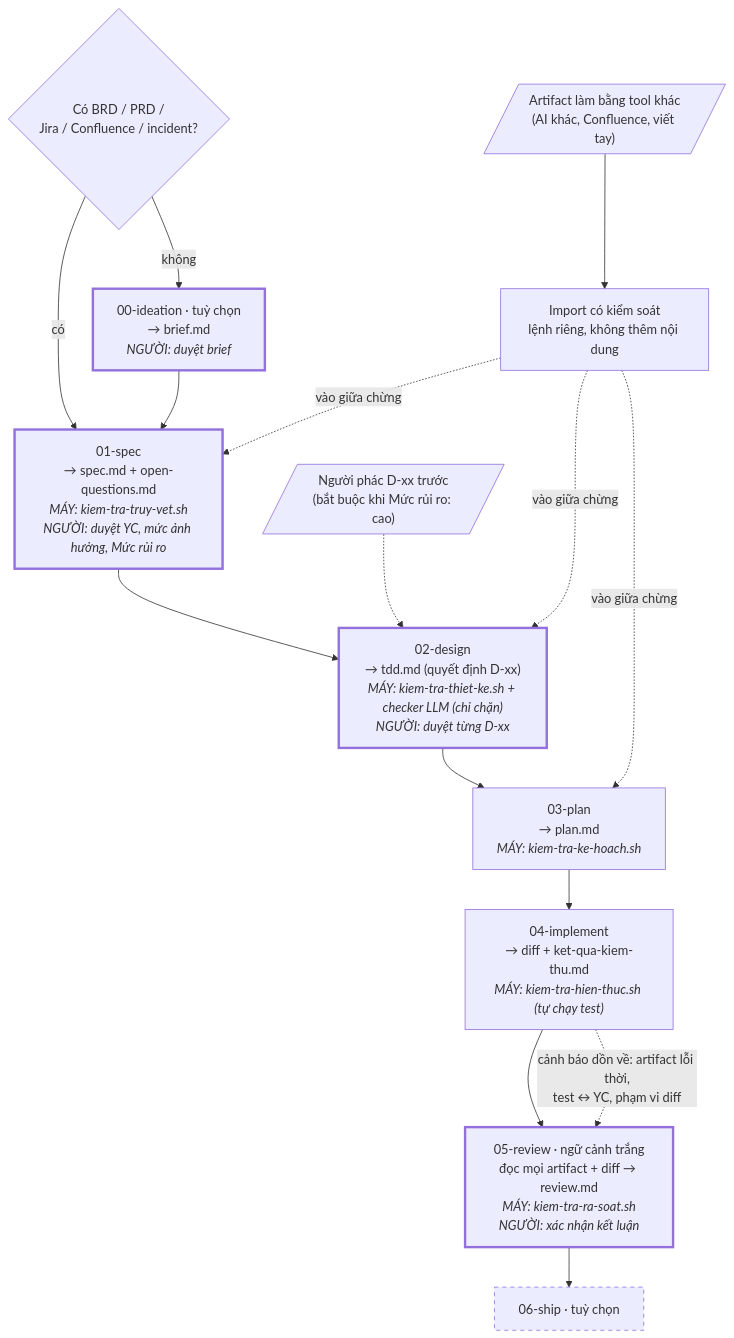
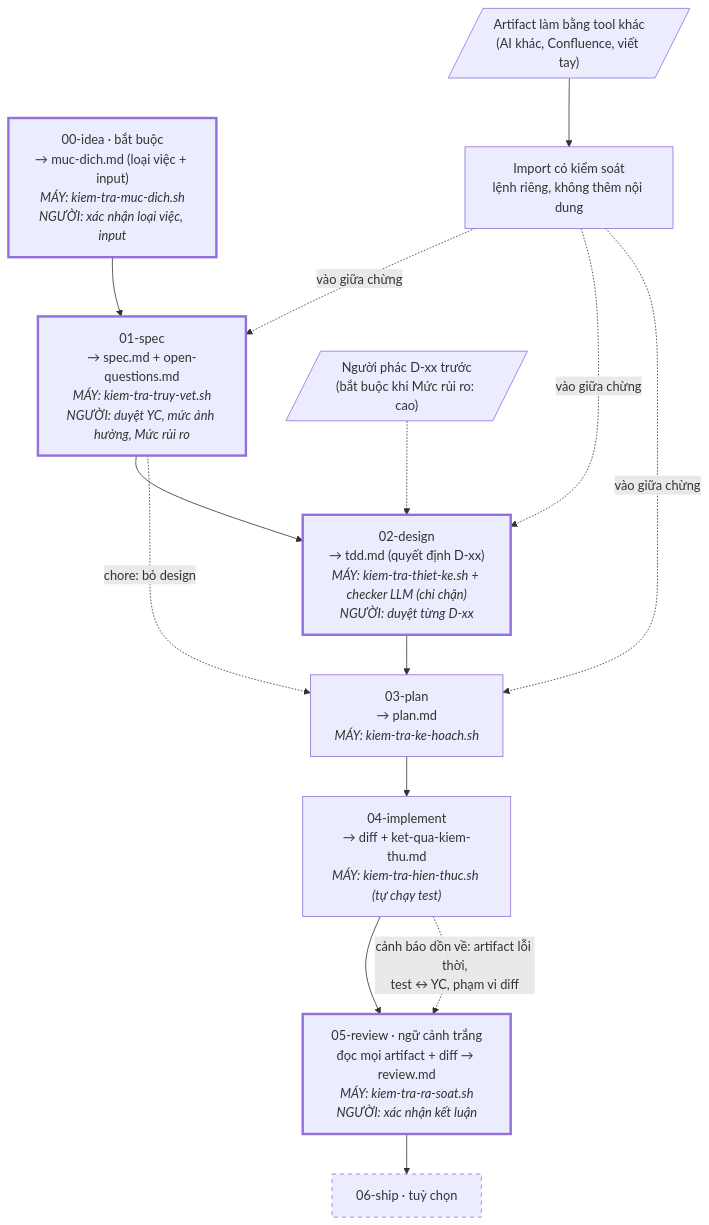
Before and after one commit to dangminhphuc/agent-workflow: the diagram in README.md, drawn with Mermaid. The commit also changed other lines of this file and 29 other files, not shown here.

````diff
--- a/README.md
+++ b/README.md
@@ -43,33 +43,31 @@
 ```mermaid
 flowchart TD
-    START{"Có BRD / PRD /<br/>Jira / Confluence / incident?"}
-    IDEA["00-ideation · tuỳ chọn<br/>→ brief.md<br/><i>NGƯỜI: duyệt brief</i>"]
+    IDEA["00-idea · bắt buộc<br/>→ muc-dich.md (loại việc + input)<br/><i>MÁY: kiem-tra-muc-dich.sh</i><br/><i>NGƯỜI: xác nhận loại việc, input</i>"]
     SPEC["01-spec<br/>→ spec.md + open-questions.md<br/><i>MÁY: kiem-tra-truy-vet.sh</i><br/><i>NGƯỜI: duyệt YC, mức ảnh hưởng, Mức rủi ro</i>"]
     PHAC[/"Người phác D-xx trước<br/>(bắt buộc khi Mức rủi ro: cao)"/]
     DESIGN["02-design<br/>→ tdd.md (quyết định D-xx)<br/><i>MÁY: kiem-tra-thiet-ke.sh + checker LLM (chỉ chặn)</i><br/><i>NGƯỜI: duyệt từng D-xx</i>"]
     PLAN["03-plan<br/>→ plan.md<br/><i>MÁY: kiem-tra-ke-hoach.sh</i>"]
     IMPL["04-implement<br/>→ diff + ket-qua-kiem-thu.md<br/><i>MÁY: kiem-tra-hien-thuc.sh (tự chạy test)</i>"]
     REVIEW["05-review · ngữ cảnh trắng<br/>đọc mọi artifact + diff → review.md<br/><i>MÁY: kiem-tra-ra-soat.sh</i><br/><i>NGƯỜI: xác nhận kết luận</i>"]
     SHIP["06-ship · tuỳ chọn"]
 
     NGOAI[/"Artifact làm bằng tool khác<br/>(AI khác, Confluence, viết tay)"/]
     IMPORT["Import có kiểm soát<br/>lệnh riêng, không thêm nội dung"]
 
-    START -- có --> SPEC
-    START -- không --> IDEA --> SPEC
-    SPEC --> DESIGN
+    IDEA --> SPEC --> DESIGN
     PHAC -.-> DESIGN
     DESIGN --> PLAN --> IMPL --> REVIEW --> SHIP
+    SPEC -. "chore: bỏ design" .-> PLAN
 
     IMPL -. "cảnh báo dồn về: artifact lỗi thời,<br/>test ↔ YC, phạm vi diff" .-> REVIEW
 
     NGOAI --> IMPORT
     IMPORT -. "vào giữa chừng" .-> SPEC
     IMPORT -. "vào giữa chừng" .-> DESIGN
     IMPORT -. "vào giữa chừng" .-> PLAN
 
     classDef nguoi stroke-width:3px
     classDef tuychon stroke-dasharray:5 5
     class IDEA,SPEC,DESIGN,REVIEW nguoi
     class SHIP tuychon
 ```
````
